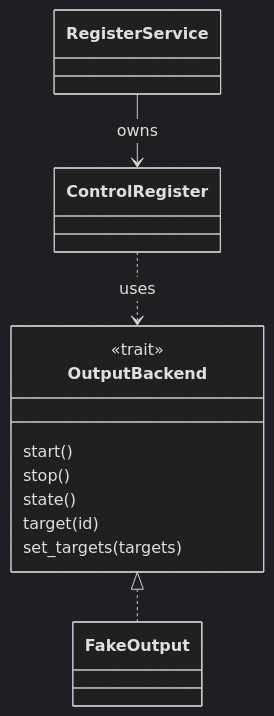
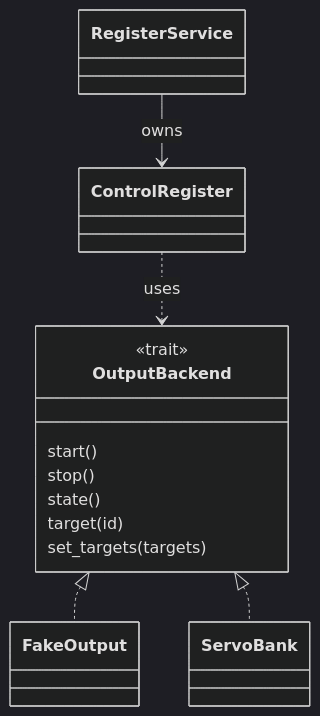
The fifth of 7 diagrams in docs/architecture/interfaces.md (ebe542/hexaroam), drawn with Mermaid (dark theme) before and after one commit. The commit also changed other lines of this file and 13 other files, not shown here.

Commit message:
Connect register service to servo bank

````diff
--- a/docs/architecture/interfaces.md
+++ b/docs/architecture/interfaces.md
@@ -130,17 +130,19 @@
 ```mermaid
 classDiagram
     class OutputBackend {
         <<trait>>
         start()
         stop()
         state()
         target(id)
         set_targets(targets)
     }
     class FakeOutput
     class ControlRegister
     class RegisterService
+    class ServoBank
     OutputBackend <|.. FakeOutput
+    OutputBackend <|.. ServoBank
     ControlRegister ..> OutputBackend : uses
     RegisterService --> ControlRegister : owns
 ```
````
